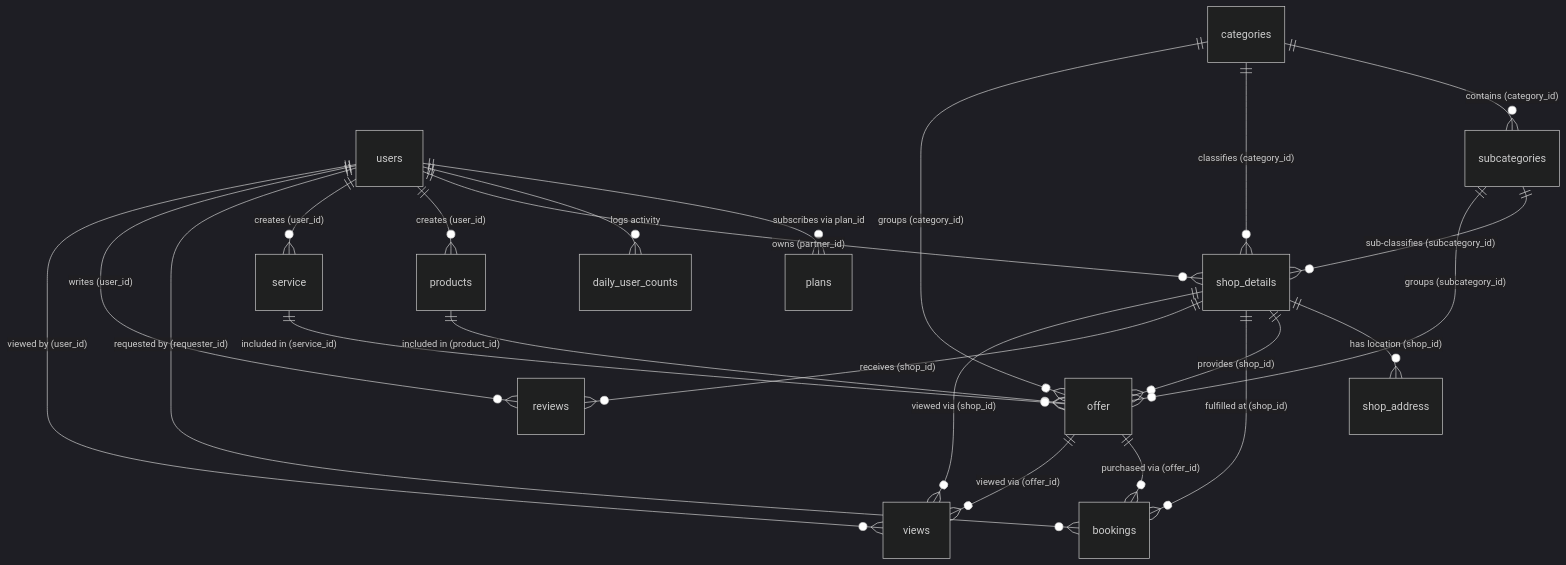
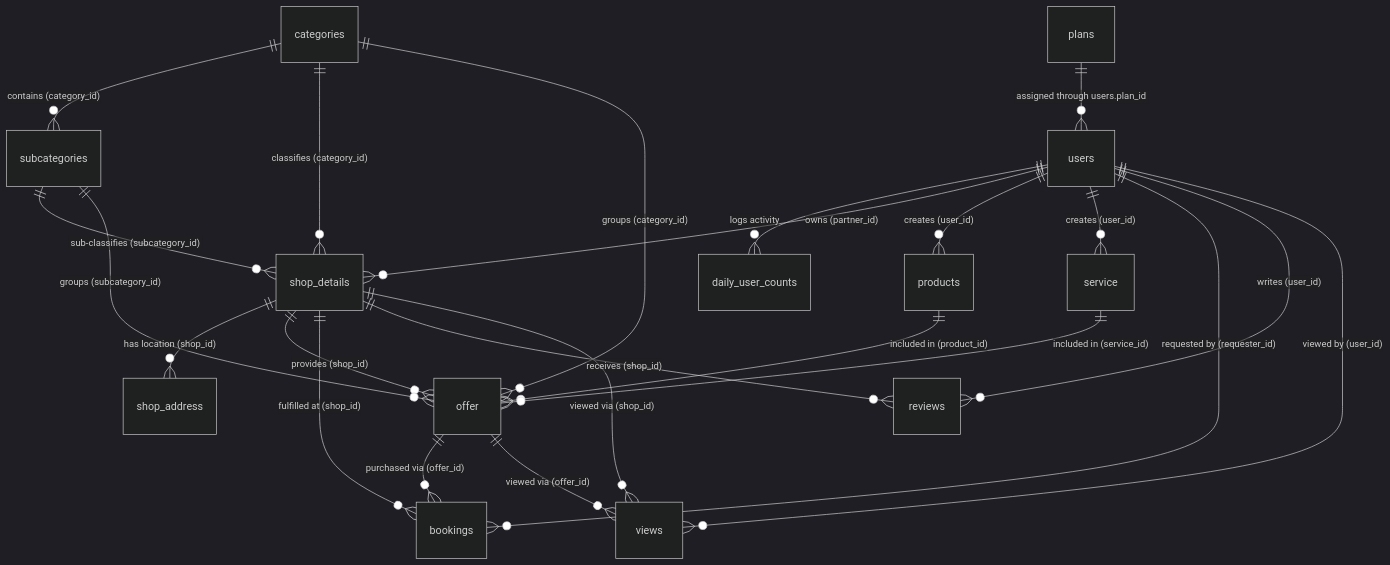
The diagram in database_schema_documentation.md (AlbinRajesh/Text---To---Sql), drawn with Mermaid (dark theme) before and after one commit. The commit also changed other lines of this file and 3 other files, not shown here.

````diff
--- a/database_schema_documentation.md
+++ b/database_schema_documentation.md
@@ -77,36 +95,36 @@
 ```mermaid
 erDiagram
     %% Core Entities
-    users ||--o{ plans : "subscribes via plan_id"
+    plans ||--o{ users : "assigned through users.plan_id"
     users ||--o{ daily_user_counts : "logs activity"
     
     %% Shops and Categories
     users ||--o{ shop_details : "owns (partner_id)"
     shop_details ||--o{ shop_address : "has location (shop_id)"
     
     categories ||--o{ subcategories : "contains (category_id)"
     categories ||--o{ shop_details : "classifies (category_id)"
     subcategories ||--o{ shop_details : "sub-classifies (subcategory_id)"
     
     %% Commerce
     users ||--o{ products : "creates (user_id)"
     users ||--o{ service : "creates (user_id)"
     
     shop_details ||--o{ offer : "provides (shop_id)"
     categories ||--o{ offer : "groups (category_id)"
     subcategories ||--o{ offer : "groups (subcategory_id)"
     products ||--o{ offer : "included in (product_id)"
     service ||--o{ offer : "included in (service_id)"
     
     %% Interactions
     offer ||--o{ bookings : "purchased via (offer_id)"
     shop_details ||--o{ bookings : "fulfilled at (shop_id)"
     users ||--o{ bookings : "requested by (requester_id)"
     
     shop_details ||--o{ reviews : "receives (shop_id)"
     users ||--o{ reviews : "writes (user_id)"
     
     offer ||--o{ views : "viewed via (offer_id)"
     shop_details ||--o{ views : "viewed via (shop_id)"
     users ||--o{ views : "viewed by (user_id)"
 ```
````
